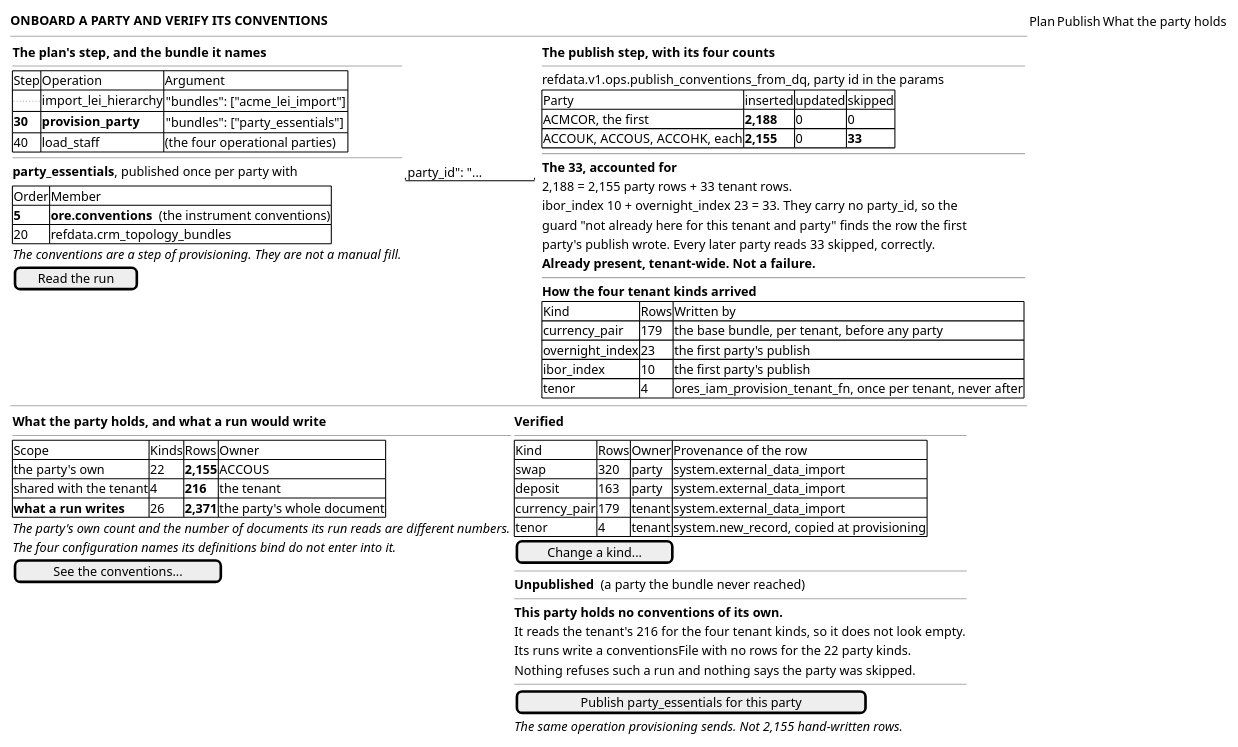
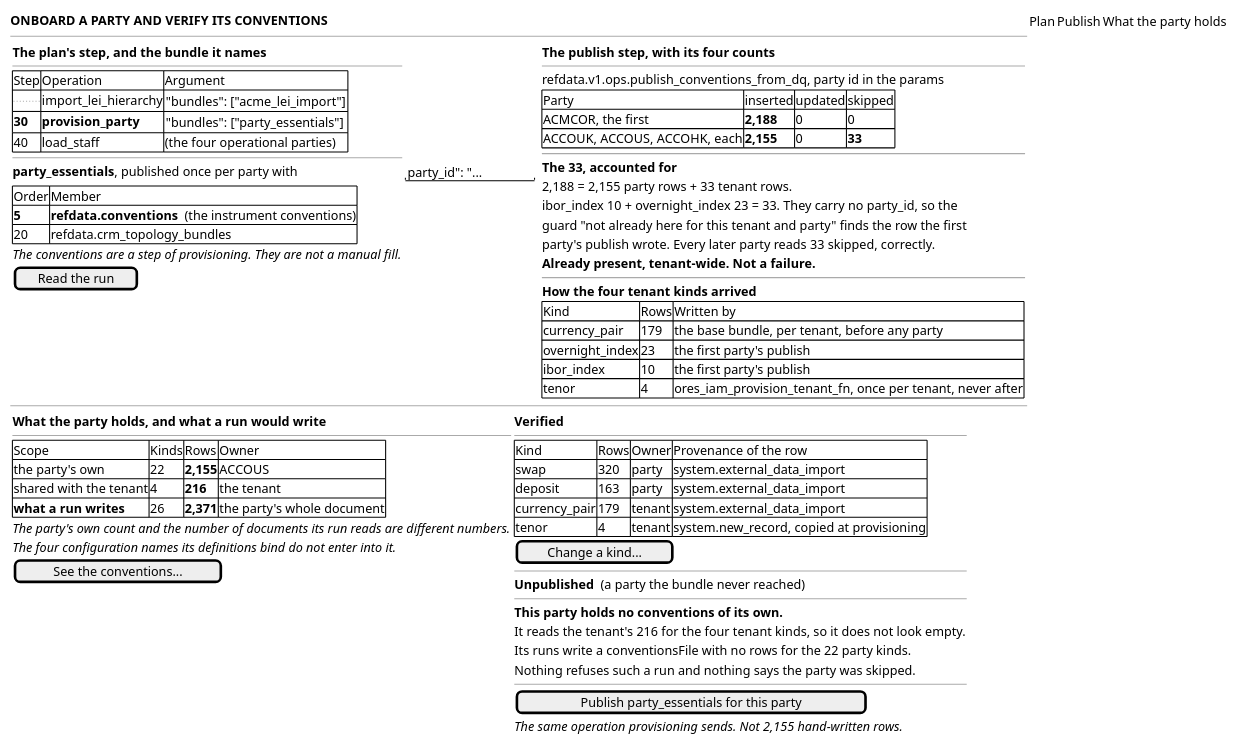
Before and after one commit to OreStudio/OreStudio: the diagram in doc/knowledge/journeys/conventions/wireframe_onboard_a_party_s_conventions.puml, drawn with PlantUML. The commit also changed 41 other files, not shown here.

```diff
--- a/doc/knowledge/journeys/conventions/wireframe_onboard_a_party_s_conventions.puml
+++ b/doc/knowledge/journeys/conventions/wireframe_onboard_a_party_s_conventions.puml
@@ -18,92 +18,92 @@
 @startuml
 
 salt
 {
   <b>ONBOARD A PARTY AND VERIFY ITS CONVENTIONS</b>  { Plan | Publish | What the party holds }
   --
   {
     {
       <b>The plan's step, and the bundle it names</b>
       --
       {#
         Step | Operation | Argument
         ... | import_lei_hierarchy | {"bundles": ["acme_lei_import"]}
         <b>30</b> | <b>provision_party</b> | {"bundles": ["party_essentials"]}
         40 | load_staff | (the four operational parties)
       }
       --
       <b>party_essentials</b>, published once per party with {"party_id": "..."}
       {#
         Order | Member
-        <b>5</b> | <b>ore.conventions</b>  (the instrument conventions)
+        <b>5</b> | <b>refdata.conventions</b>  (the instrument conventions)
         20 | refdata.crm_topology_bundles
       }
       <i>The conventions are a step of provisioning. They are not a manual fill.</i>
       [ Read the run ]
     } | {
       <b>The publish step, with its four counts</b>
       --
       refdata.v1.ops.publish_conventions_from_dq, party id in the params
       {#
         Party | inserted | updated | skipped
         ACMCOR, the first | <b>2,188</b> | 0 | 0
         ACCOUK, ACCOUS, ACCOHK, each | <b>2,155</b> | 0 | <b>33</b>
       }
       --
       <b>The 33, accounted for</b>
       2,188 = 2,155 party rows + 33 tenant rows.
       ibor_index 10 + overnight_index 23 = 33. They carry no party_id, so the
       guard "not already here for this tenant and party" finds the row the first
       party's publish wrote. Every later party reads 33 skipped, correctly.
       <b>Already present, tenant-wide. Not a failure.</b>
       --
       <b>How the four tenant kinds arrived</b>
       {#
         Kind | Rows | Written by
         currency_pair | 179 | the base bundle, per tenant, before any party
         overnight_index | 23 | the first party's publish
         ibor_index | 10 | the first party's publish
         tenor | 4 | ores_iam_provision_tenant_fn, once per tenant, never after
       }
     }
   }
   --
   {
     {
       <b>What the party holds, and what a run would write</b>
       --
       {#
         Scope | Kinds | Rows | Owner
         the party's own | 22 | <b>2,155</b> | ACCOUS
         shared with the tenant | 4 | <b>216</b> | the tenant
         <b>what a run writes</b> | 26 | <b>2,371</b> | the party's whole document
       }
       <i>The party's own count and the number of documents its run reads are different numbers.</i>
       <i>The four configuration names its definitions bind do not enter into it.</i>
       [ See the conventions... ]
     } | {
       <b>Verified</b>
       --
       {#
         Kind | Rows | Owner | Provenance of the row
         swap | 320 | party | system.external_data_import
         deposit | 163 | party | system.external_data_import
         currency_pair | 179 | tenant | system.external_data_import
         tenor | 4 | tenant | system.new_record, copied at provisioning
       }
       [ Change a kind... ]
       --
       <b>Unpublished</b>  (a party the bundle never reached)
       --
       <b>This party holds no conventions of its own.</b>
       It reads the tenant's 216 for the four tenant kinds, so it does not look empty.
       Its runs write a conventionsFile with no rows for the 22 party kinds.
       Nothing refuses such a run and nothing says the party was skipped.
       --
       [ Publish party_essentials for this party ]
       <i>The same operation provisioning sends. Not 2,155 hand-written rows.</i>
     }
   }
 }
 
 @enduml
```
